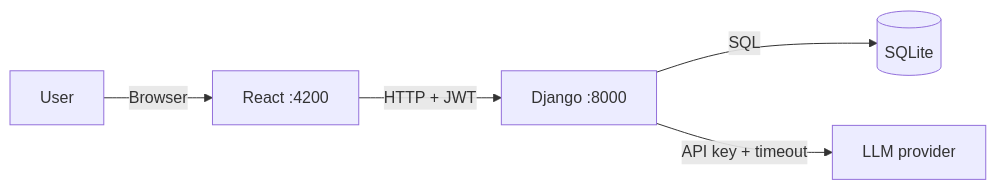
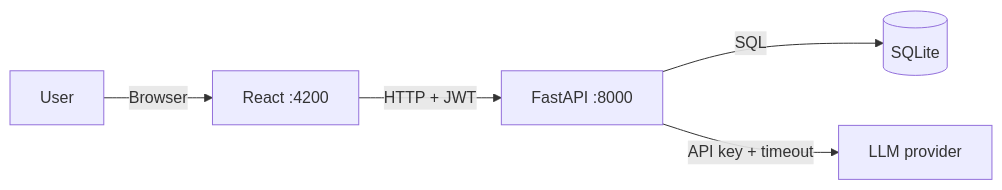
One commit to Fezzaioussama/AIMIx changed the diagram in README.md. Above: the diagram before and after it, drawn with Mermaid. The commit also changed other lines of this file and 87 other files, not shown here.

````diff
--- a/README.md
+++ b/README.md
@@ -53,7 +59,7 @@
 ```mermaid
 graph LR
     User -->|Browser| FE["React :4200"]
-    FE -->|"HTTP + JWT"| BE["Django :8000"]
+    FE -->|"HTTP + JWT"| BE["FastAPI :8000"]
     BE -->|SQL| DB[("SQLite")]
     BE -->|"API key + timeout"| AI["LLM provider"]
 ```
````
